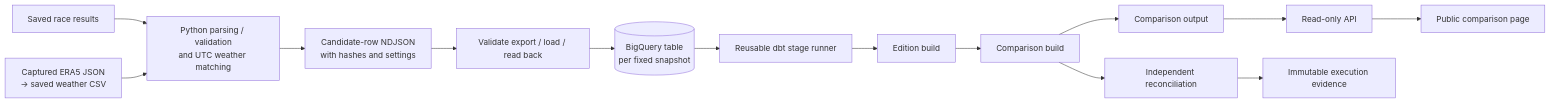
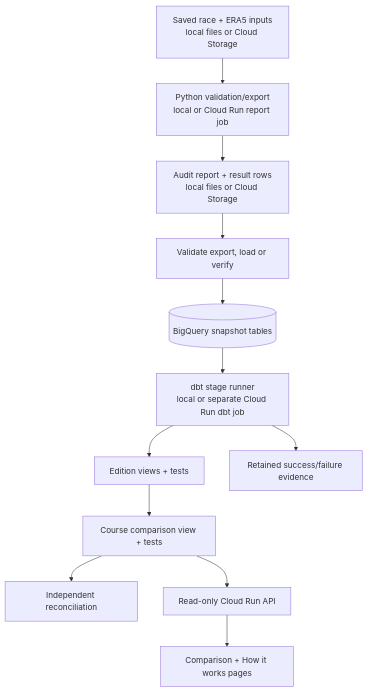
Before and after one commit to mifuha/runwx: the first of 2 diagrams in docs/architecture.md, drawn with Mermaid. The commit also changed other lines of this file and 7 other files, not shown here.

Commit message:
Bring runwx README and diagrams up to date (#51)

````diff
--- a/docs/architecture.md
+++ b/docs/architecture.md
@@ -14,16 +14,14 @@
 ```mermaid
-flowchart LR
-    race["Saved race results"] --> python["Python parsing / validation<br/>and UTC weather matching"]
-    weather["Captured ERA5 JSON<br/>→ saved weather CSV"] --> python
-    python --> export["Candidate-row NDJSON<br/>with hashes and settings"]
-    export --> loader["Validate export / load / read back"]
-    loader --> source[("BigQuery table<br/>per fixed snapshot")]
-    source --> runner["Reusable dbt stage runner"]
-    runner --> edition["Edition build"]
-    edition --> comparison["Comparison build"]
-    comparison --> reconciliation["Independent reconciliation"]
-    comparison --> output["Comparison output"]
-    output --> api["Read-only API"]
-    api --> page["Public comparison page"]
-    reconciliation --> evidence["Immutable execution evidence"]
+flowchart TD
+    inputs["Saved race + ERA5 inputs<br/>local files or Cloud Storage"] --> export["Python validation/export<br/>local or Cloud Run report job"]
+    export --> artifacts["Audit report + result rows<br/>local files or Cloud Storage"]
+    artifacts --> loader["Validate export, load or verify"]
+    loader --> snapshot[("BigQuery snapshot tables")]
+    snapshot --> runner["dbt stage runner<br/>local or separate Cloud Run dbt job"]
+    runner --> edition["Edition views + tests"]
+    edition --> comparison["Course comparison view + tests"]
+    comparison --> checks["Independent reconciliation"]
+    comparison --> api["Read-only Cloud Run API"]
+    api --> pages["Comparison + How it works pages"]
+    runner --> evidence["Retained success/failure evidence"]
 ```
````
